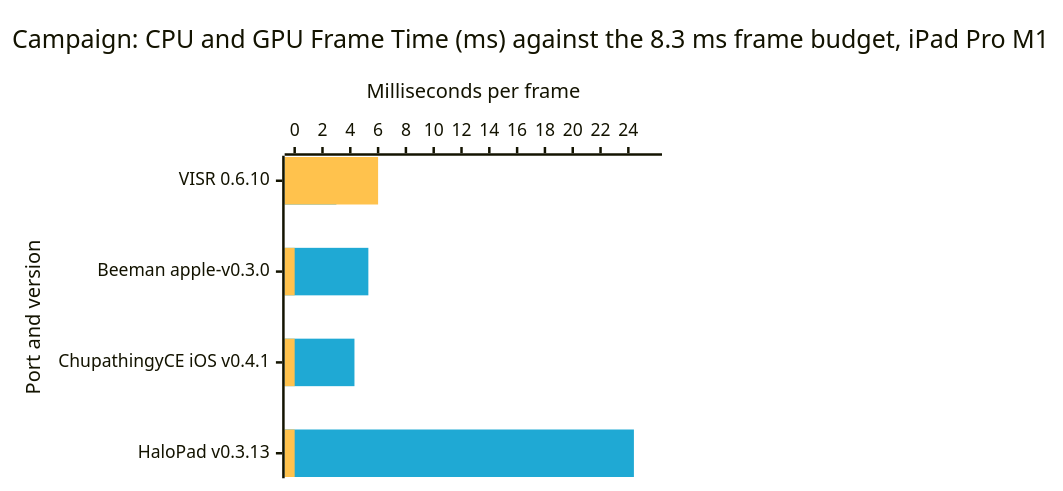
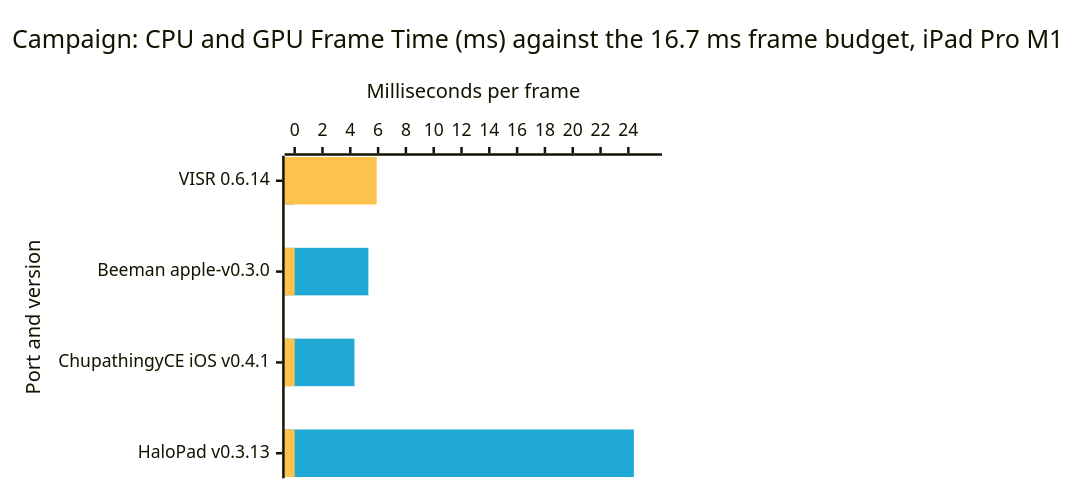
The third of 8 diagrams in docs/benchmarks.md (VISR-CE/visr), drawn with Mermaid before and after one commit. The commit also changed other lines of this file and 3 other files, not shown here.

````diff
--- a/docs/benchmarks.md
+++ b/docs/benchmarks.md
@@ -78,17 +78,17 @@
 ```mermaid
 ---
 config:
   xyChart:
     width: 520
     height: 373
   themeVariables:
     xyChart:
       plotColorPalette: "#1fa9d4, #ffc24d"
 ---
 xychart-beta horizontal
-    title "Campaign: CPU and GPU Frame Time (ms) against the 8.3 ms frame budget, iPad Pro M1"
-    x-axis "Port and version" ["VISR 0.6.10", "Beeman apple-v0.3.0", "ChupathingyCE iOS v0.4.1", "HaloPad v0.3.13"]
+    title "Campaign: CPU and GPU Frame Time (ms) against the 16.7 ms frame budget, iPad Pro M1"
+    x-axis "Port and version" ["VISR 0.6.14", "Beeman apple-v0.3.0", "ChupathingyCE iOS v0.4.1", "HaloPad v0.3.13"]
     y-axis "Milliseconds per frame" 0 --> 25.7
-    bar [3, 5.3, 4.3, 24.4]
-    bar [6, 0, 0, 0]
+    bar [0, 5.3, 4.3, 24.4]
+    bar [5.9, 0, 0, 0]
 ```
````
